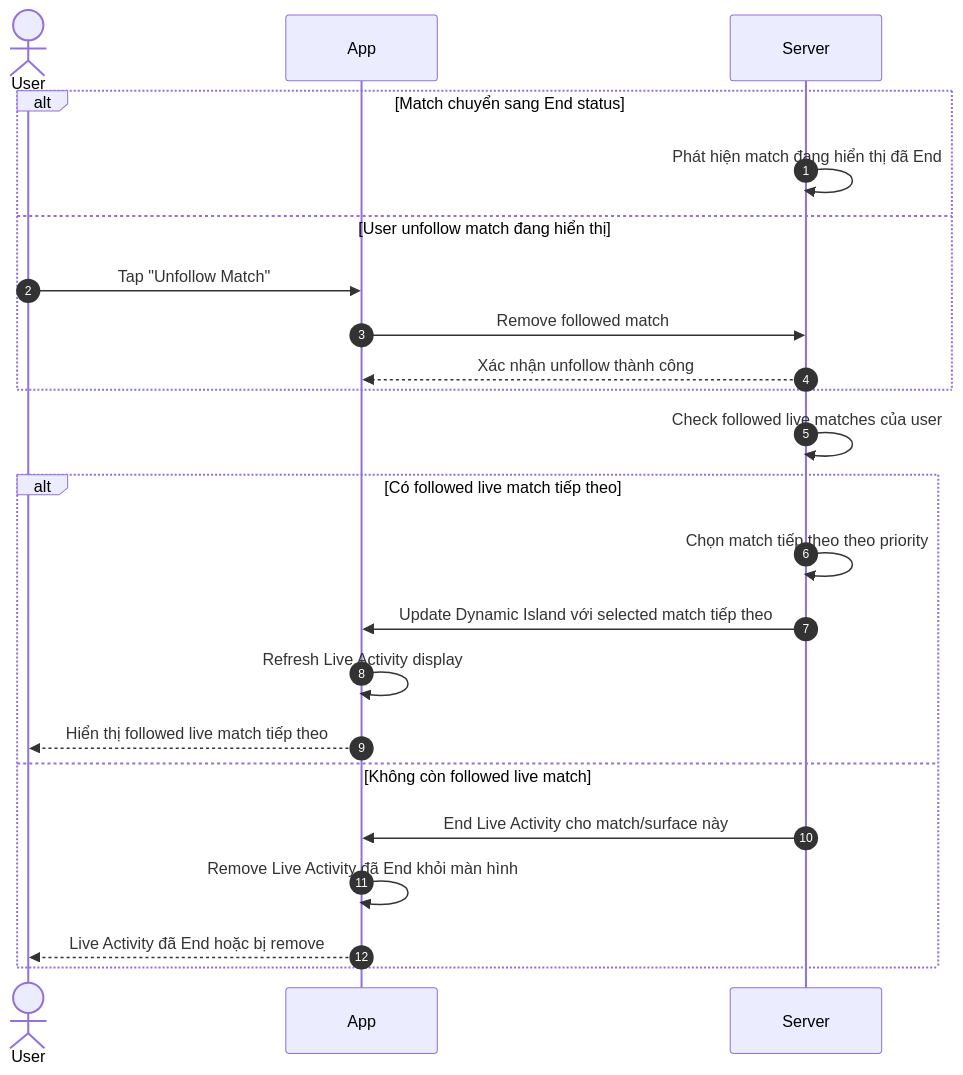
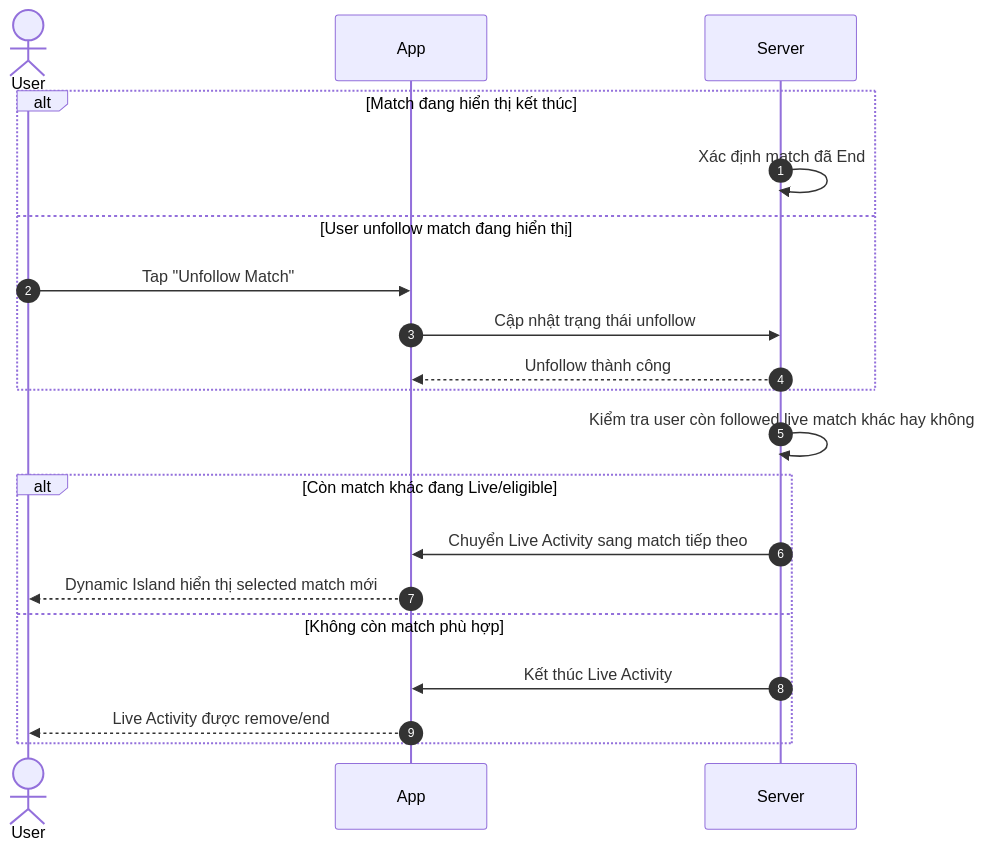
Before and after one commit to duongdang1136/FPTPLay: the third of 4 diagrams in features/final-docs/Sport-Zone/Live-Activity/product/live-activity-user-flows-functional-requirements.md, drawn with Mermaid. The commit also changed other lines of this file, not shown here.

Commit message:
docs: simplify live activity functional flows

````diff
--- a/features/final-docs/Sport-Zone/Live-Activity/product/live-activity-user-flows-functional-requirements.md
+++ b/features/final-docs/Sport-Zone/Live-Activity/product/live-activity-user-flows-functional-requirements.md
@@ -142,29 +130,26 @@
 ```mermaid
 sequenceDiagram
     autonumber
 
     actor User
     participant App
     participant Server
 
-    alt Match chuyển sang End status
-        Server->>Server: Phát hiện match đang hiển thị đã End
+    alt Match đang hiển thị kết thúc
+        Server->>Server: Xác định match đã End
     else User unfollow match đang hiển thị
         User->>App: Tap "Unfollow Match"
-        App->>Server: Remove followed match
-        Server-->>App: Xác nhận unfollow thành công
+        App->>Server: Cập nhật trạng thái unfollow
+        Server-->>App: Unfollow thành công
     end
 
-    Server->>Server: Check followed live matches của user
+    Server->>Server: Kiểm tra user còn followed live match khác hay không
 
-    alt Có followed live match tiếp theo
-        Server->>Server: Chọn match tiếp theo theo priority
-        Server->>App: Update Dynamic Island với selected match tiếp theo
-        App->>App: Refresh Live Activity display
-        App-->>User: Hiển thị followed live match tiếp theo
-    else Không còn followed live match
-        Server->>App: End Live Activity cho match/surface này
-        App->>App: Remove Live Activity đã End khỏi màn hình
-        App-->>User: Live Activity đã End hoặc bị remove
+    alt Còn match khác đang Live/eligible
+        Server->>App: Chuyển Live Activity sang match tiếp theo
+        App-->>User: Dynamic Island hiển thị selected match mới
+    else Không còn match phù hợp
+        Server->>App: Kết thúc Live Activity
+        App-->>User: Live Activity được remove/end
     end
 ```
````
